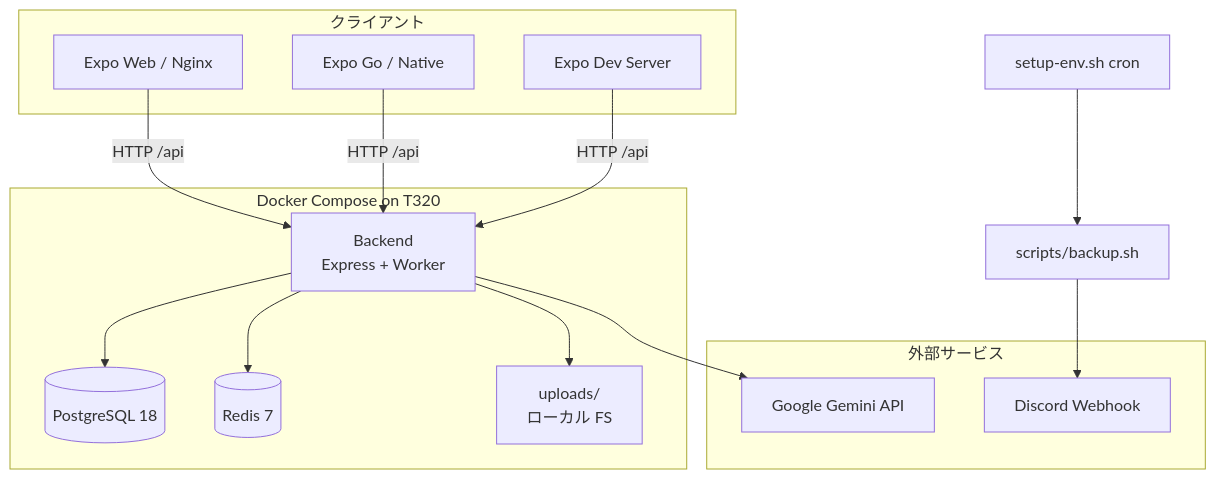
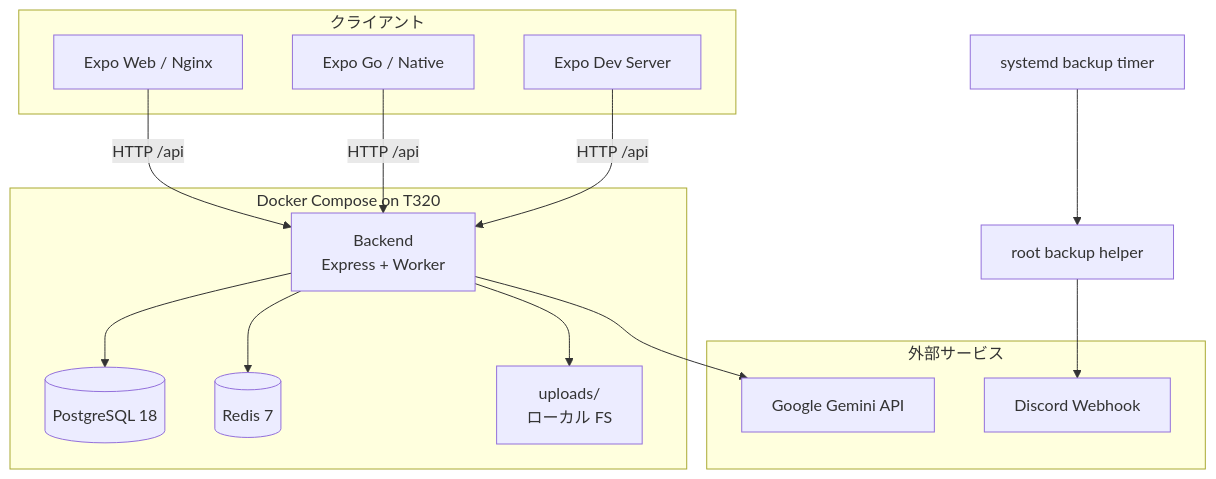
One commit to yama180sx/receipt-ai-app changed the first of 11 diagrams in docs/design/architecture.md. Above: the diagram before and after it, drawn with Mermaid. The commit also changed other lines of this file and 4 other files, not shown here.

Commit message:
fix: Issue #129-3 require root-managed backup inputs

````diff
--- a/docs/design/architecture.md
+++ b/docs/design/architecture.md
@@ -36,32 +36,32 @@
 ```mermaid
 flowchart TB
     subgraph clients [クライアント]
         Web[Expo Web / Nginx]
         Mobile[Expo Go / Native]
         DevExpo[Expo Dev Server]
     end
 
     subgraph docker [Docker Compose on T320]
         BE[Backend<br/>Express + Worker]
         PG[(PostgreSQL 18)]
         RD[(Redis 7)]
         FS[uploads/<br/>ローカル FS]
     end
 
     subgraph external [外部サービス]
         Gemini[Google Gemini API]
         Discord[Discord Webhook]
     end
 
     Web -->|HTTP /api| BE
     Mobile -->|HTTP /api| BE
     DevExpo -->|HTTP /api| BE
 
     BE --> PG
     BE --> RD
     BE --> FS
     BE --> Gemini
 
-    Cron[setup-env.sh cron] --> Backup[scripts/backup.sh]
+    Timer[systemd backup timer] --> Backup[root backup helper]
     Backup --> Discord
 ```
````
